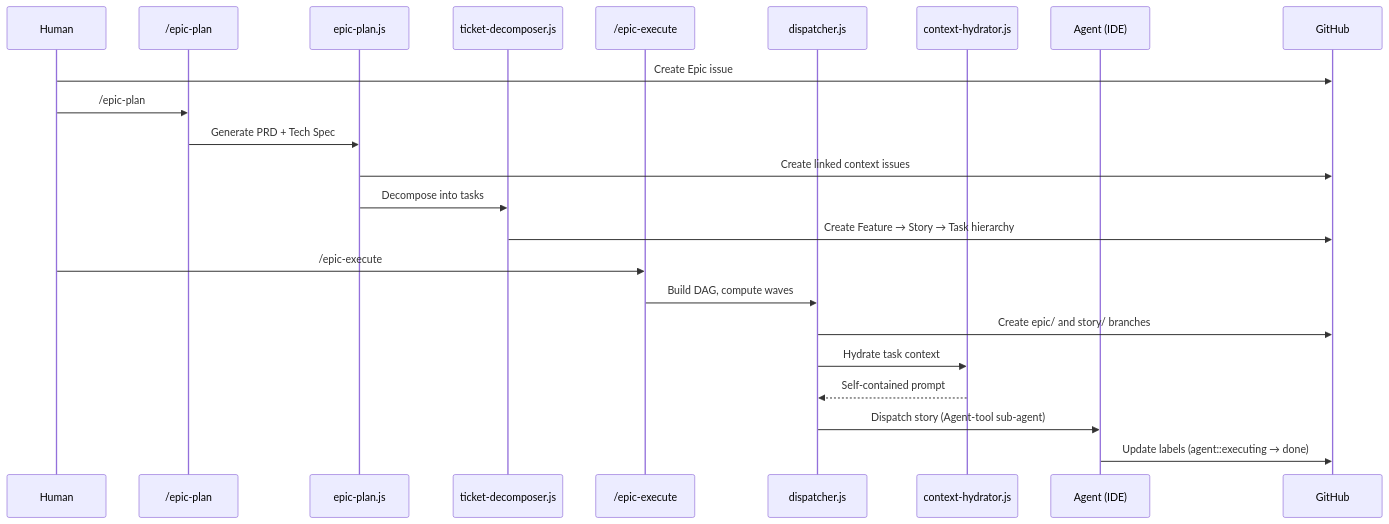
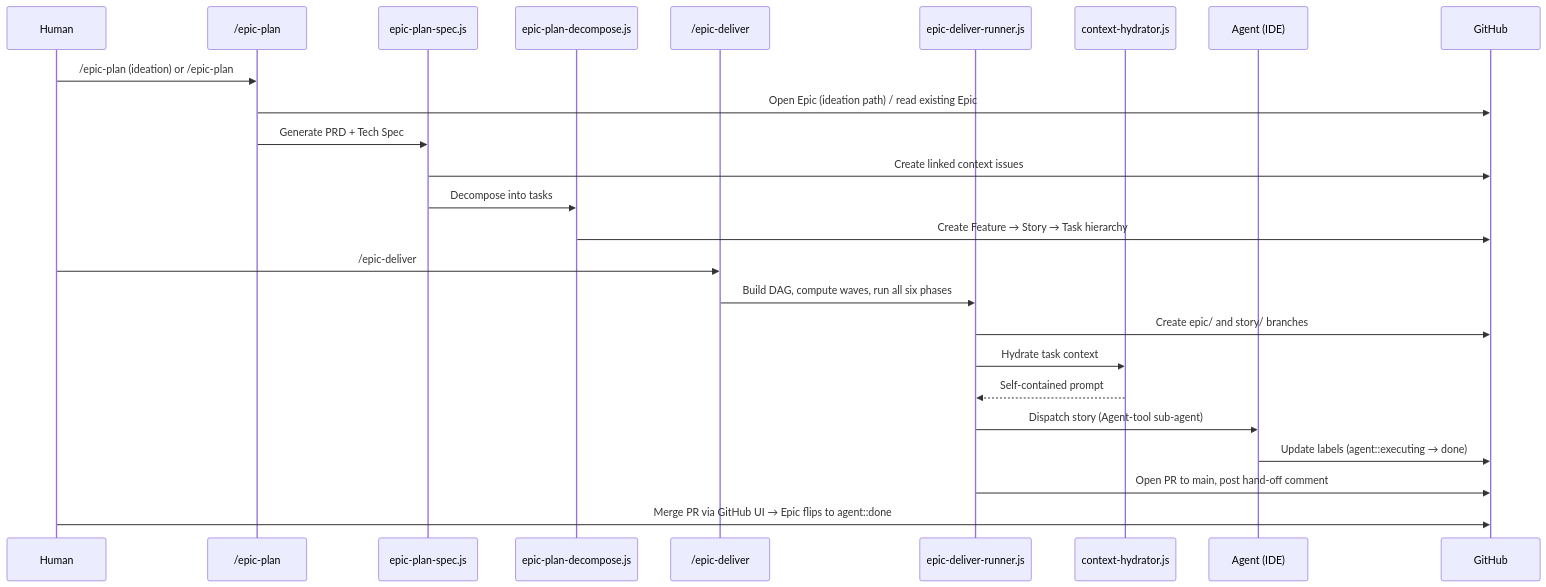
The seventh of 8 diagrams in docs/architecture.md (dsj1984/mandrel), drawn with Mermaid before and after one commit. The commit also changed other lines of this file and 203 other files, not shown here.

First line of the commit message:
Epic #1142: 5.40.0 — /epic-plan ideation, merge execute+close into /epic-deliver, settings naming fix (#1232)

````diff
--- a/docs/architecture.md
+++ b/docs/architecture.md
@@ -488,27 +504,29 @@
 ```mermaid
 sequenceDiagram
     participant H as Human
     participant P as /epic-plan
-    participant EP as epic-plan.js
-    participant TD as ticket-decomposer.js
-    participant D as /epic-execute
-    participant DI as dispatcher.js
+    participant EP as epic-plan-spec.js
+    participant TD as epic-plan-decompose.js
+    participant D as /epic-deliver
+    participant EDR as epic-deliver-runner.js
     participant CH as context-hydrator.js
     participant A as Agent (IDE)
     participant GH as GitHub
 
-    H->>GH: Create Epic issue
-    H->>P: /epic-plan #EPIC
+    H->>P: /epic-plan (ideation) or /epic-plan #EPIC
+    P->>GH: Open Epic (ideation path) / read existing Epic
     P->>EP: Generate PRD + Tech Spec
     EP->>GH: Create linked context issues
     EP->>TD: Decompose into tasks
     TD->>GH: Create Feature → Story → Task hierarchy
 
-    H->>D: /epic-execute #EPIC
-    D->>DI: Build DAG, compute waves
-    DI->>GH: Create epic/ and story/ branches
-    DI->>CH: Hydrate task context
-    CH-->>DI: Self-contained prompt
-    DI->>A: Dispatch story (Agent-tool sub-agent)
+    H->>D: /epic-deliver #EPIC
+    D->>EDR: Build DAG, compute waves, run all six phases
+    EDR->>GH: Create epic/ and story/ branches
+    EDR->>CH: Hydrate task context
+    CH-->>EDR: Self-contained prompt
+    EDR->>A: Dispatch story (Agent-tool sub-agent)
     A->>GH: Update labels (agent::executing → done)
+    EDR->>GH: Open PR to main, post hand-off comment
+    H->>GH: Merge PR via GitHub UI → Epic flips to agent::done
 ```
````
